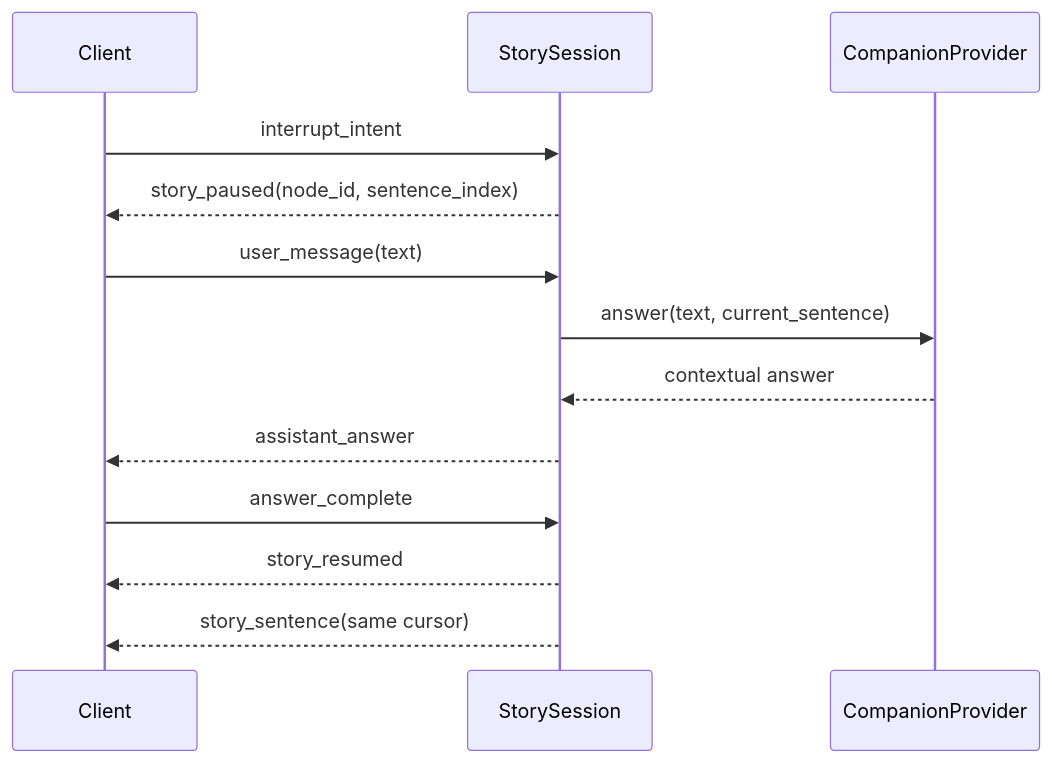
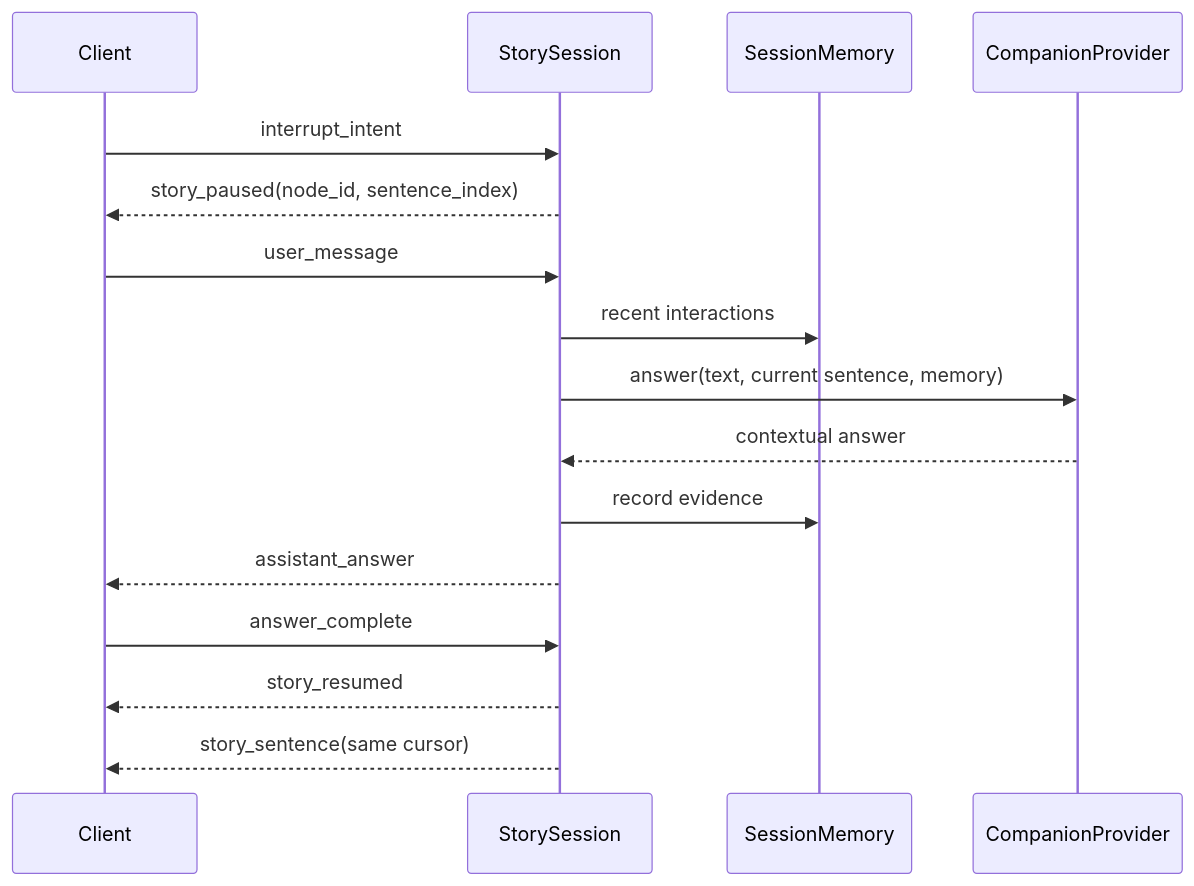
One commit to et79lee-cell/storypal-ai-reading-companion changed the third of 5 diagrams in docs/architecture.md. Above: the diagram before and after it, drawn with Mermaid. The commit also changed other lines of this file and 31 other files, not shown here.

````diff
--- a/docs/architecture.md
+++ b/docs/architecture.md
@@ -101,16 +119,19 @@
 ```mermaid
 sequenceDiagram
   participant C as Client
   participant S as StorySession
+  participant M as SessionMemory
   participant P as CompanionProvider
 
   C->>S: interrupt_intent
   S-->>C: story_paused(node_id, sentence_index)
-  C->>S: user_message(text)
-  S->>P: answer(text, current_sentence)
+  C->>S: user_message
+  S->>M: recent interactions
+  S->>P: answer(text, current sentence, memory)
   P-->>S: contextual answer
+  S->>M: record evidence
   S-->>C: assistant_answer
   C->>S: answer_complete
   S-->>C: story_resumed
   S-->>C: story_sentence(same cursor)
 ```
````
